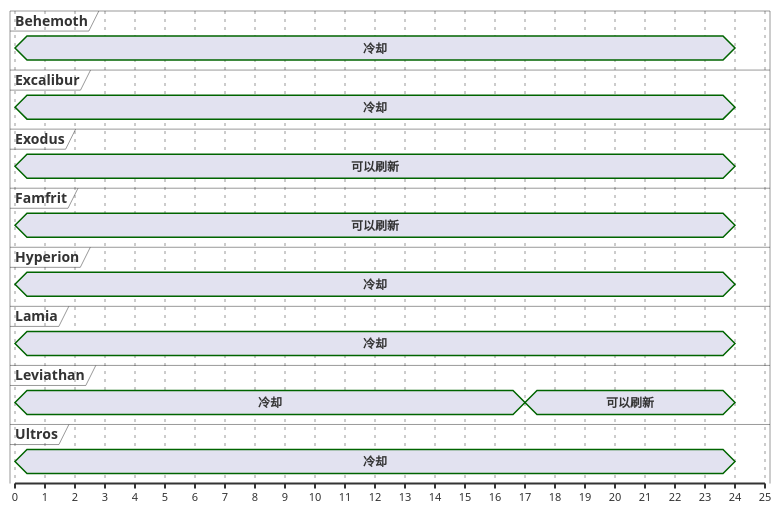
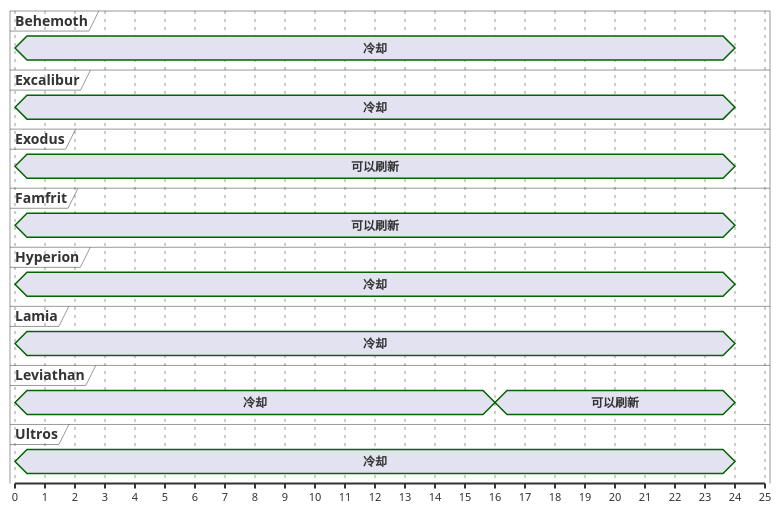
Before and after one commit to Eroleice/doc-pi: the ninth of 13 diagrams in ffxiv/hunt/3.0/Senmurv.md, drawn with PlantUML. The commit also changed other lines of this file and 38 other files, not shown here.

````diff
--- a/ffxiv/hunt/3.0/Senmurv.md
+++ b/ffxiv/hunt/3.0/Senmurv.md
@@ -449,48 +449,48 @@
 ```plantuml
 @startuml
 scale 1 as 30 pixels
 
 concise Behemoth
 concise Excalibur
 concise Exodus
 concise Famfrit
 concise Hyperion
 concise Lamia
 concise Leviathan
 concise Ultros
 
 @Famfrit
 0 is 可以刷新
 24 is {hidden}
 
 @Exodus
 0 is 可以刷新
 24 is {hidden}
 
 @Leviathan
 0 is 冷却
-17 is 可以刷新
+16 is 可以刷新
 24 is {hidden}
 
 @Hyperion
 0 is 冷却
 24 is {hidden}
 
 @Ultros
 0 is 冷却
 24 is {hidden}
 
 @Excalibur
 0 is 冷却
 24 is {hidden}
 
 @Lamia
 0 is 冷却
 24 is {hidden}
 
 @Behemoth
 0 is 冷却
 24 is {hidden}
 
 @enduml
 ```
````
